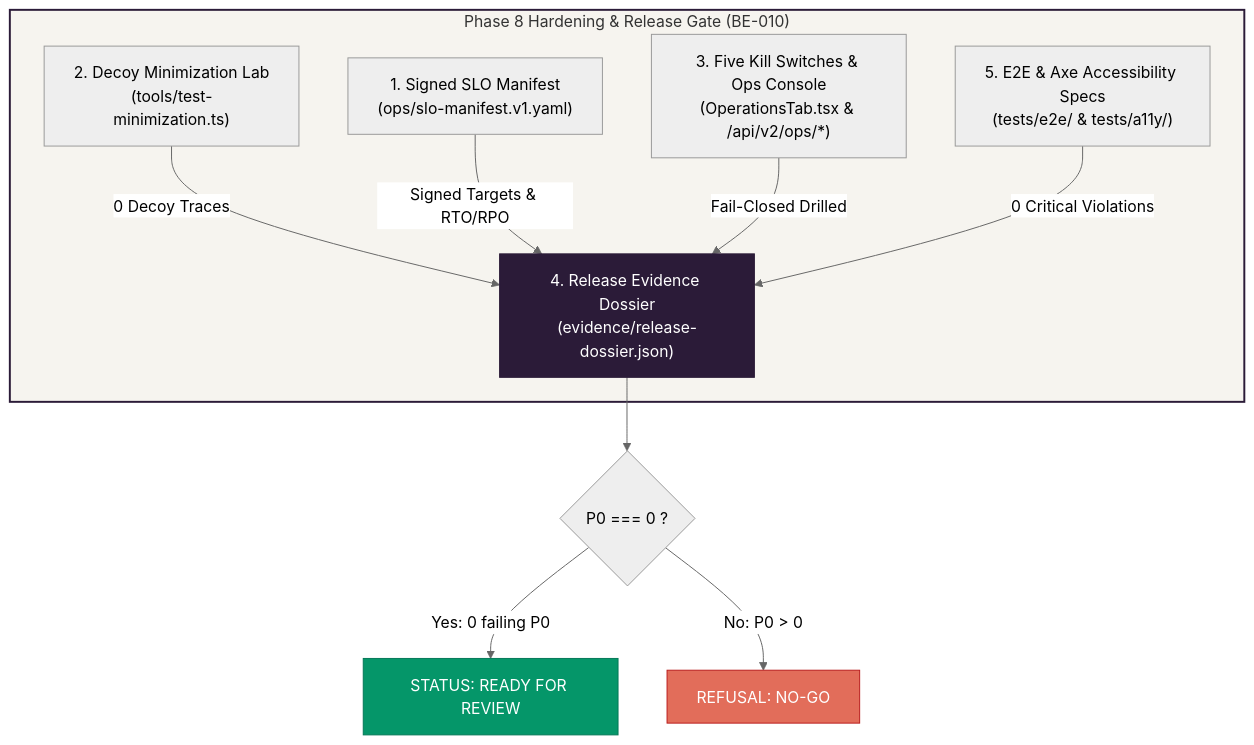
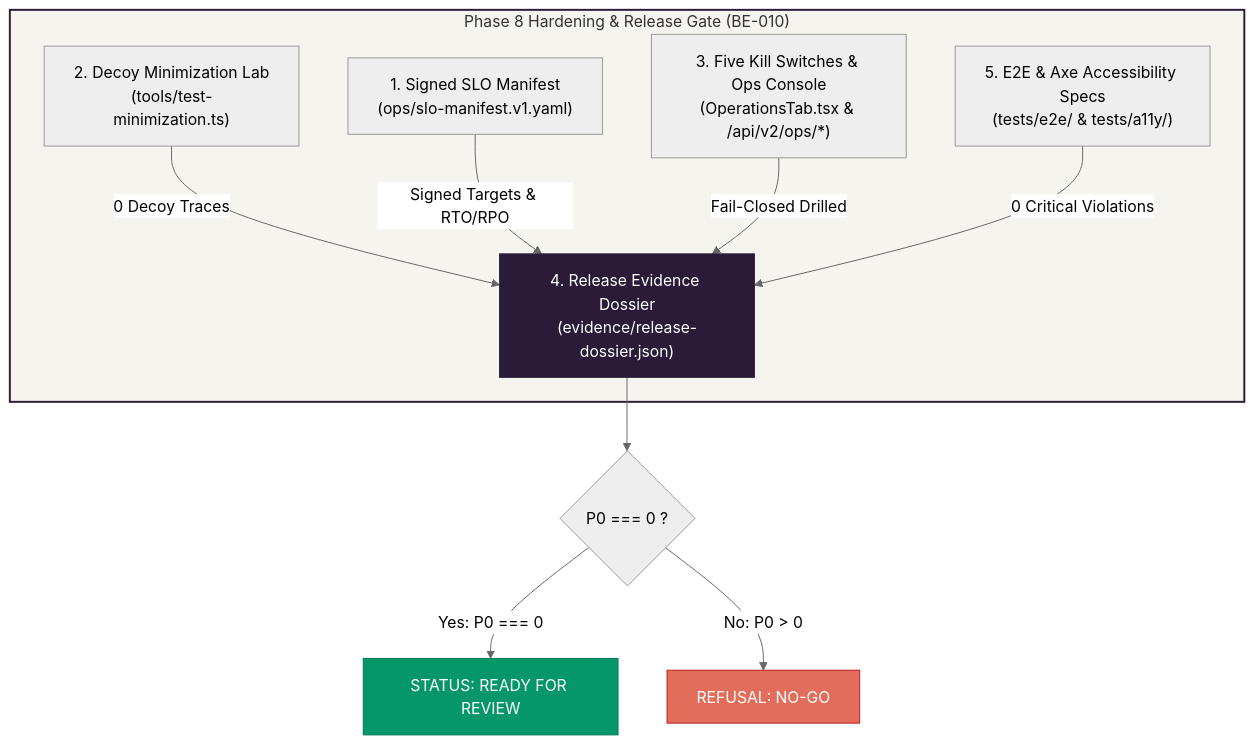
One commit to ZoikoGroup/Abate changed the diagram in docs/release-readiness-and-phase8-execution-report.md. Above: the diagram before and after it, drawn with Mermaid (neutral theme). The commit also changed other lines of this file and 65 other files, not shown here.

````diff
--- a/docs/release-readiness-and-phase8-execution-report.md
+++ b/docs/release-readiness-and-phase8-execution-report.md
@@ -15,24 +15,24 @@
 ```mermaid
 flowchart TD
     subgraph Phase8_Gate ["Phase 8 Hardening & Release Gate (BE-010)"]
         SLO["1. Signed SLO Manifest\n(ops/slo-manifest.v1.yaml)"]
         Mini["2. Decoy Minimization Lab\n(tools/test-minimization.ts)"]
         Kill["3. Five Kill Switches & Ops Console\n(OperationsTab.tsx & /api/v2/ops/*)"]
         Dossier["4. Release Evidence Dossier\n(evidence/release-dossier.json)"]
         A11y["5. E2E & Axe Accessibility Specs\n(tests/e2e/ & tests/a11y/)"]
     end
 
     Mini -->|0 Decoy Traces| Dossier
     SLO -->|Signed Targets & RTO/RPO| Dossier
     Kill -->|Fail-Closed Drilled| Dossier
     A11y -->|0 Critical Violations| Dossier
 
     Dossier --> Decision{"P0 === 0 ?"}
-    Decision -->|Yes: 0 failing P0| GO["STATUS: READY FOR REVIEW"]
+    Decision -->|Yes: P0 === 0| READY["STATUS: READY FOR REVIEW"]
     Decision -->|No: P0 > 0| NOGO["REFUSAL: NO-GO"]
 
     style Phase8_Gate fill:#F6F4EF,stroke:#2B1B38,stroke-width:2px
     style Dossier fill:#2B1B38,stroke:#2B1B38,color:#fff
-    style GO fill:#059669,stroke:#047857,color:#fff
+    style READY fill:#059669,stroke:#047857,color:#fff
     style NOGO fill:#E26D5A,stroke:#b91c1c,color:#fff
 ```
````
